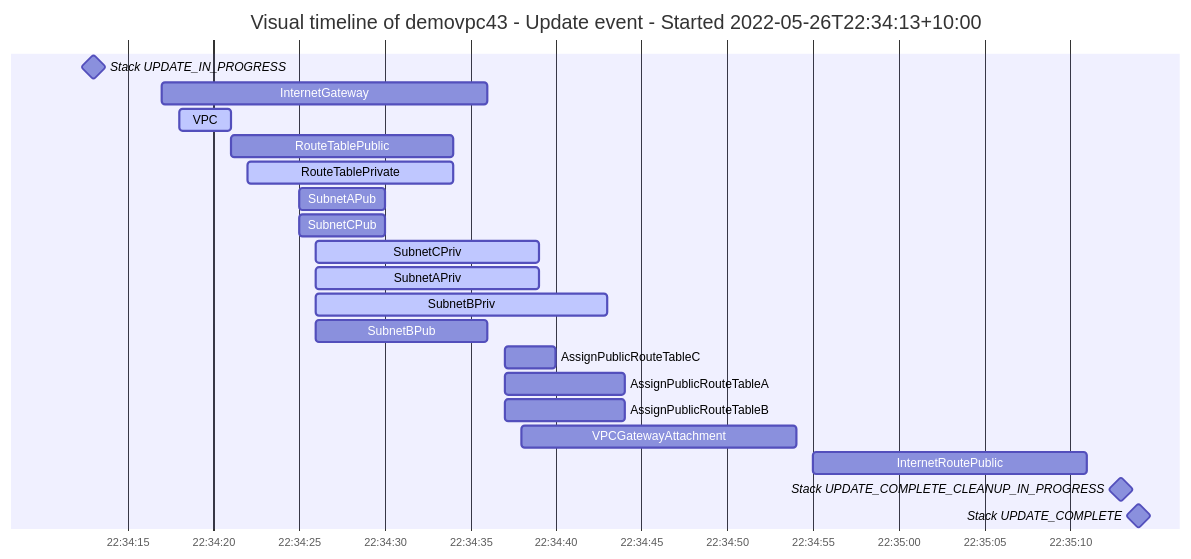
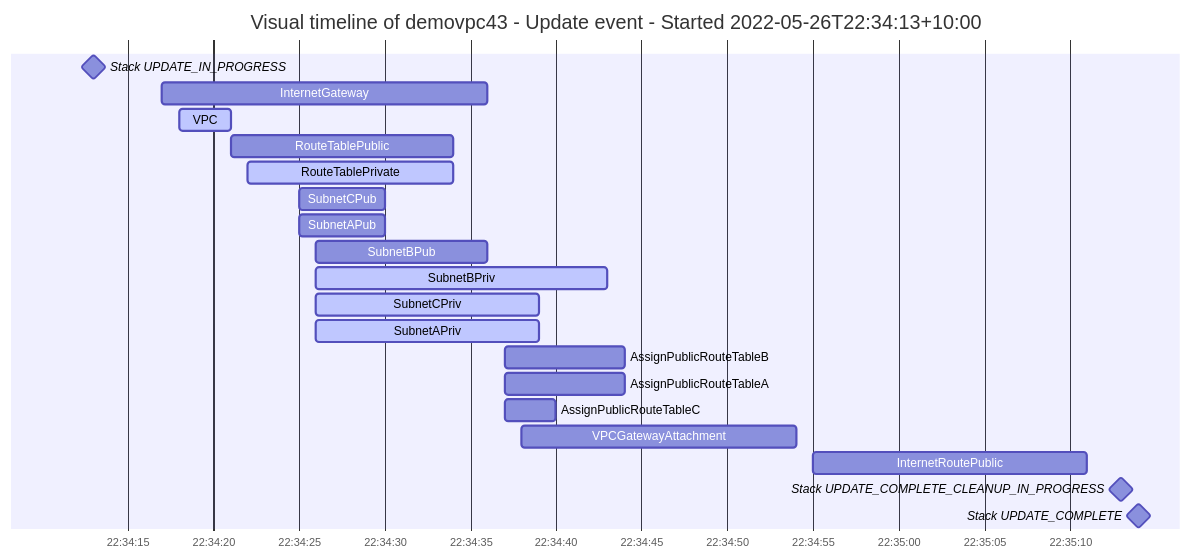
One commit to ArjenSchwarz/fog changed the fourth of 4 diagrams in docs/fog-report-demo.md. Above: the diagram before and after it, drawn with Mermaid. The commit also changed other lines of this file and 2 other files, not shown here.

````diff
--- a/docs/fog-report-demo.md
+++ b/docs/fog-report-demo.md
@@ -148,24 +148,24 @@
 ```mermaid
 gantt
 	title Visual timeline of demovpc43 - Update event - Started 2022-05-26T22:34:13+10:00
 	dateFormat HH:mm:ss
 	axisFormat %H:%M:%S
 	Stack UPDATE_IN_PROGRESS	:milestone, 22:34:13 , 0s
 	InternetGateway	:22:34:17 , 19s
 	VPC	:active, 22:34:18 , 3s
 	RouteTablePublic	:22:34:21 , 13s
 	RouteTablePrivate	:active, 22:34:22 , 12s
+	SubnetCPub	:22:34:25 , 5s
 	SubnetAPub	:22:34:25 , 5s
-	SubnetCPub	:22:34:25 , 5s
+	SubnetBPub	:22:34:26 , 10s
+	SubnetBPriv	:active, 22:34:26 , 17s
 	SubnetCPriv	:active, 22:34:26 , 13s
 	SubnetAPriv	:active, 22:34:26 , 13s
-	SubnetBPriv	:active, 22:34:26 , 17s
-	SubnetBPub	:22:34:26 , 10s
+	AssignPublicRouteTableB	:22:34:37 , 7s
+	AssignPublicRouteTableA	:22:34:37 , 7s
 	AssignPublicRouteTableC	:22:34:37 , 3s
-	AssignPublicRouteTableA	:22:34:37 , 7s
-	AssignPublicRouteTableB	:22:34:37 , 7s
 	VPCGatewayAttachment	:22:34:38 , 16s
 	InternetRoutePublic	:22:34:55 , 16s
 	Stack UPDATE_COMPLETE_CLEANUP_IN_PROGRESS	:milestone, 22:35:13 , 0s
 	Stack UPDATE_COMPLETE	:milestone, 22:35:14 , 0s
 ```
````
